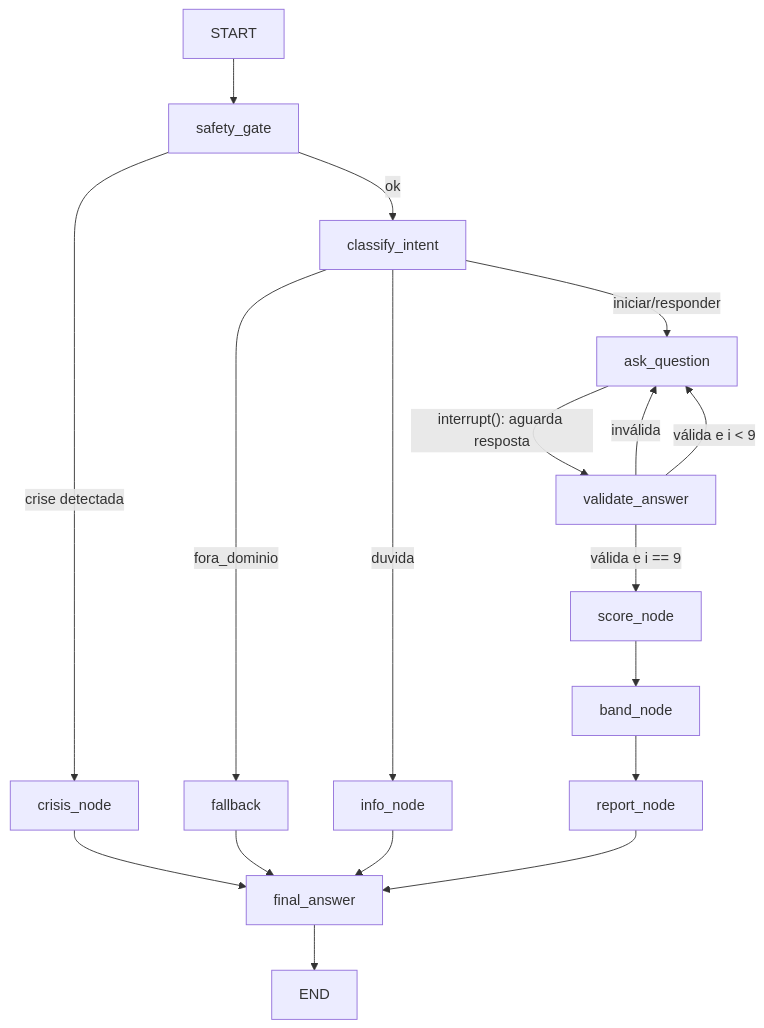
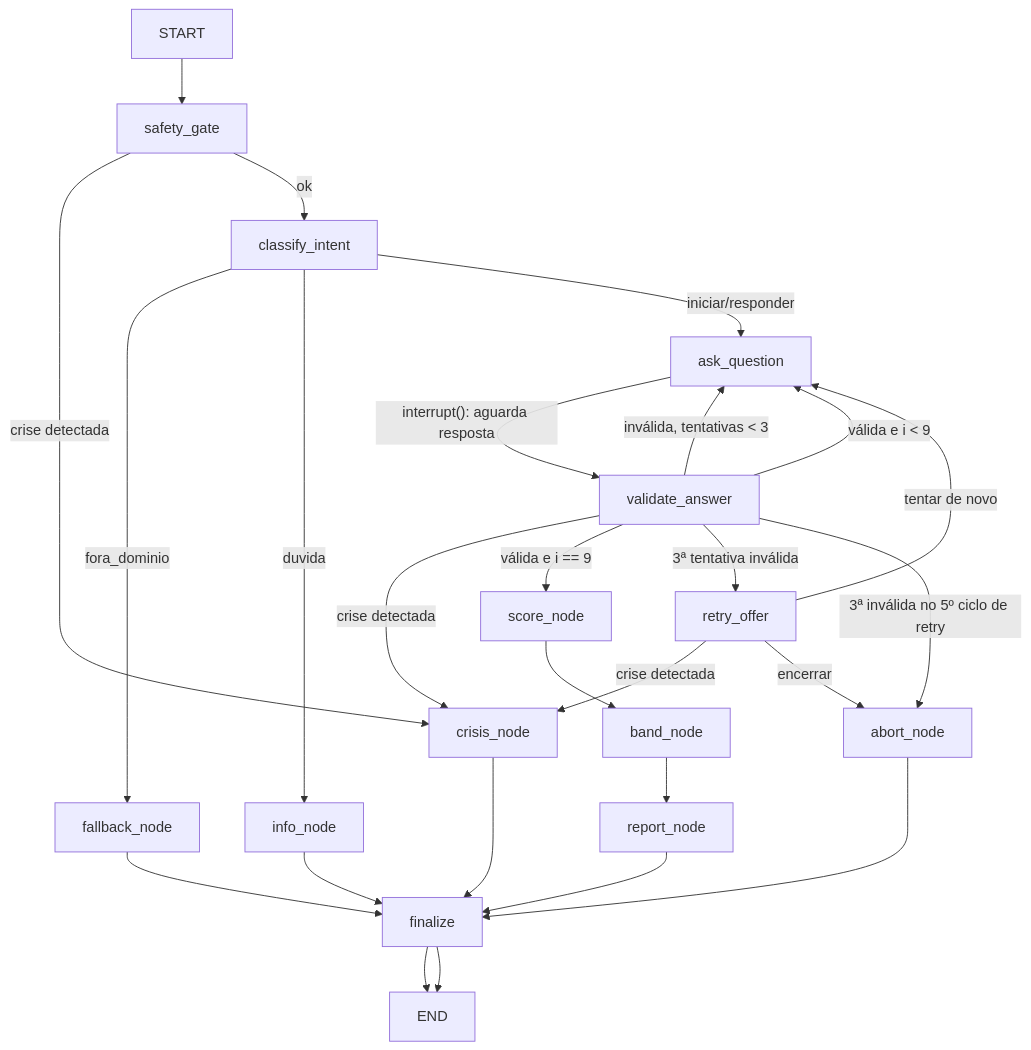
The diagram in README.md (ernestodeoliveira/jogo-limpo-triagem), drawn with Mermaid before and after one commit. The commit also changed other lines of this file and 2 other files, not shown here.

Commit message:
docs: finalize readme with real examples

````diff
--- a/README.md
+++ b/README.md
@@ -26,14 +26,22 @@
 ```mermaid
 flowchart TD
     START --> safety_gate
-    safety_gate -- crise detectada --> crisis_node --> final_answer --> END
+    safety_gate -- crise detectada --> crisis_node --> finalize --> END
     safety_gate -- ok --> classify_intent
-    classify_intent -- fora_dominio --> fallback --> final_answer
-    classify_intent -- duvida --> info_node --> final_answer
+    classify_intent -- fora_dominio --> fallback_node --> finalize
+    classify_intent -- duvida --> info_node --> finalize
     classify_intent -- iniciar/responder --> ask_question
     ask_question -- "interrupt(): aguarda resposta" --> validate_answer
-    validate_answer -- inválida --> ask_question
+    validate_answer -- crise detectada --> crisis_node
+    validate_answer -- inválida, tentativas < 3 --> ask_question
     validate_answer -- válida e i < 9 --> ask_question
     validate_answer -- válida e i == 9 --> score_node
-    score_node --> band_node --> report_node --> final_answer
+    validate_answer -- 3ª tentativa inválida --> retry_offer
+    validate_answer -- 3ª inválida no 5º ciclo de retry --> abort_node
+    retry_offer -- crise detectada --> crisis_node
+    retry_offer -- tentar de novo --> ask_question
+    retry_offer -- encerrar --> abort_node
+    abort_node --> finalize
+    score_node --> band_node --> report_node --> finalize
+    finalize --> END
 ```
````
